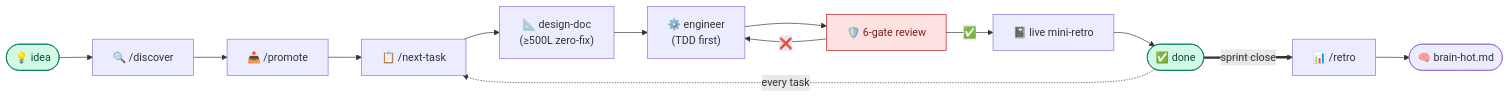
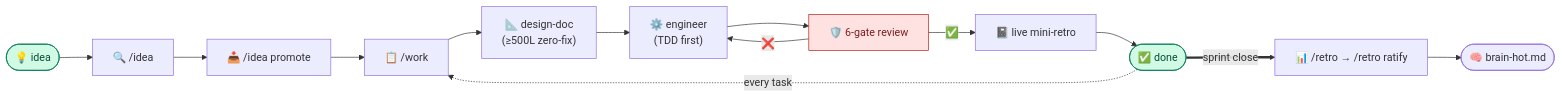
The diagram in README.md (Maximumsoft-Co-LTD/claude-flightdeck), drawn with Mermaid before and after one commit. The commit also changed other lines of this file and 43 other files, not shown here.

````diff
--- a/README.md
+++ b/README.md
@@ -50,14 +50,14 @@
 ```mermaid
 flowchart LR
-    Idea([💡 idea]) --> Discovery["🔍 /discover"] --> Promote["📥 /promote"] --> Next["📋 /next-task"]
+    Idea([💡 idea]) --> Discovery["🔍 /idea"] --> Promote["📥 /idea promote"] --> Next["📋 /work"]
     Next --> Design["📐 design-doc<br/>(≥500L zero-fix)"] --> Implement["⚙️ engineer<br/>(TDD first)"] --> Gate["🛡️ 6-gate review"]
     Gate -- ✅ --> MiniRetro["📓 live mini-retro"] --> Done([✅ done])
     Gate -- ❌ --> Implement
     Done -.->|every task| Next
-    Done ==>|sprint close| Retro["📊 /retro"] --> Brain([🧠 brain-hot.md])
+    Done ==>|sprint close| Retro["📊 /retro → /retro ratify"] --> Brain([🧠 brain-hot.md])
 
     classDef terminal fill:#d1fae5,stroke:#047857,color:#064e3b
     classDef gate fill:#fee2e2,stroke:#b91c1c,color:#7f1d1d
     class Idea,Done terminal
     class Gate gate
 ```
````
